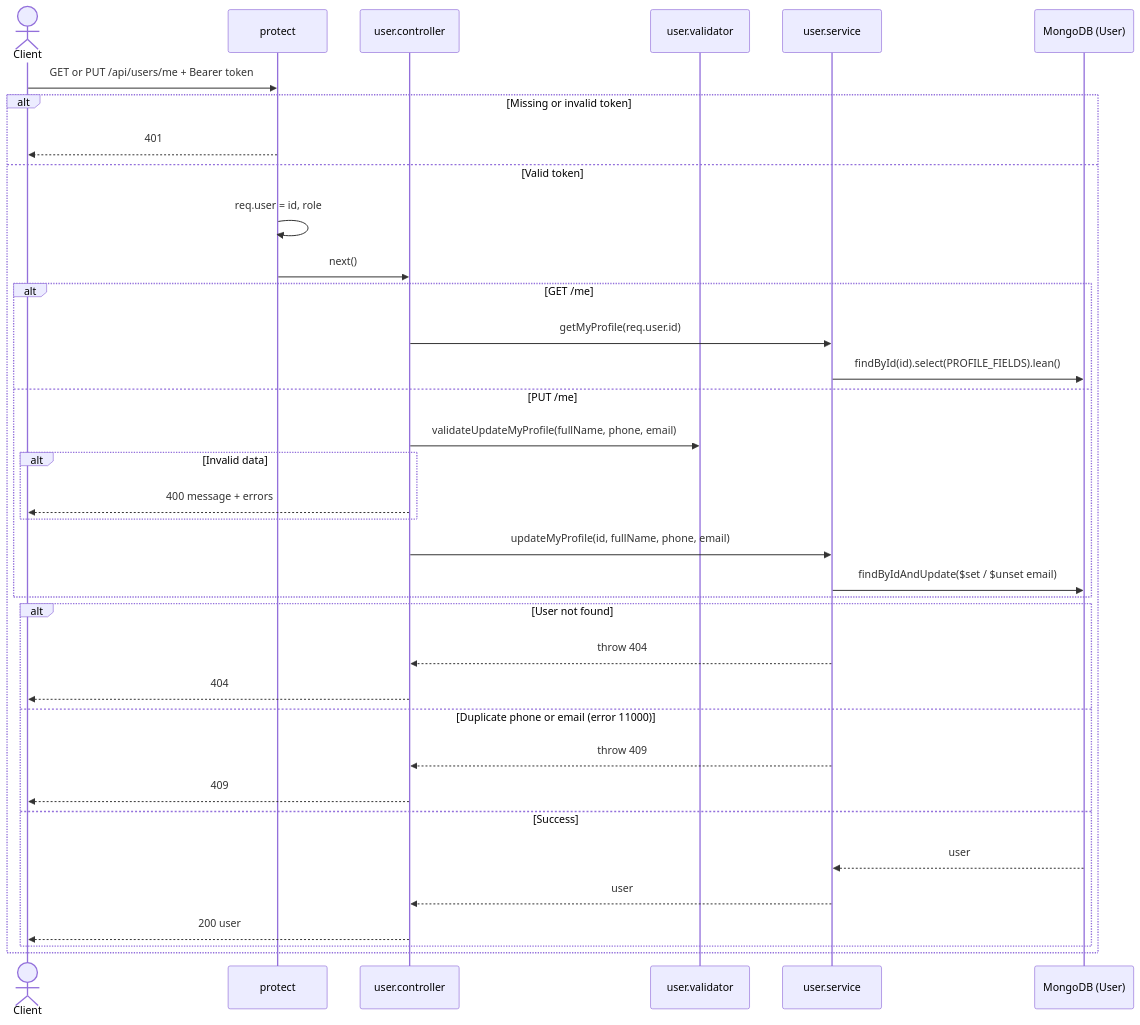
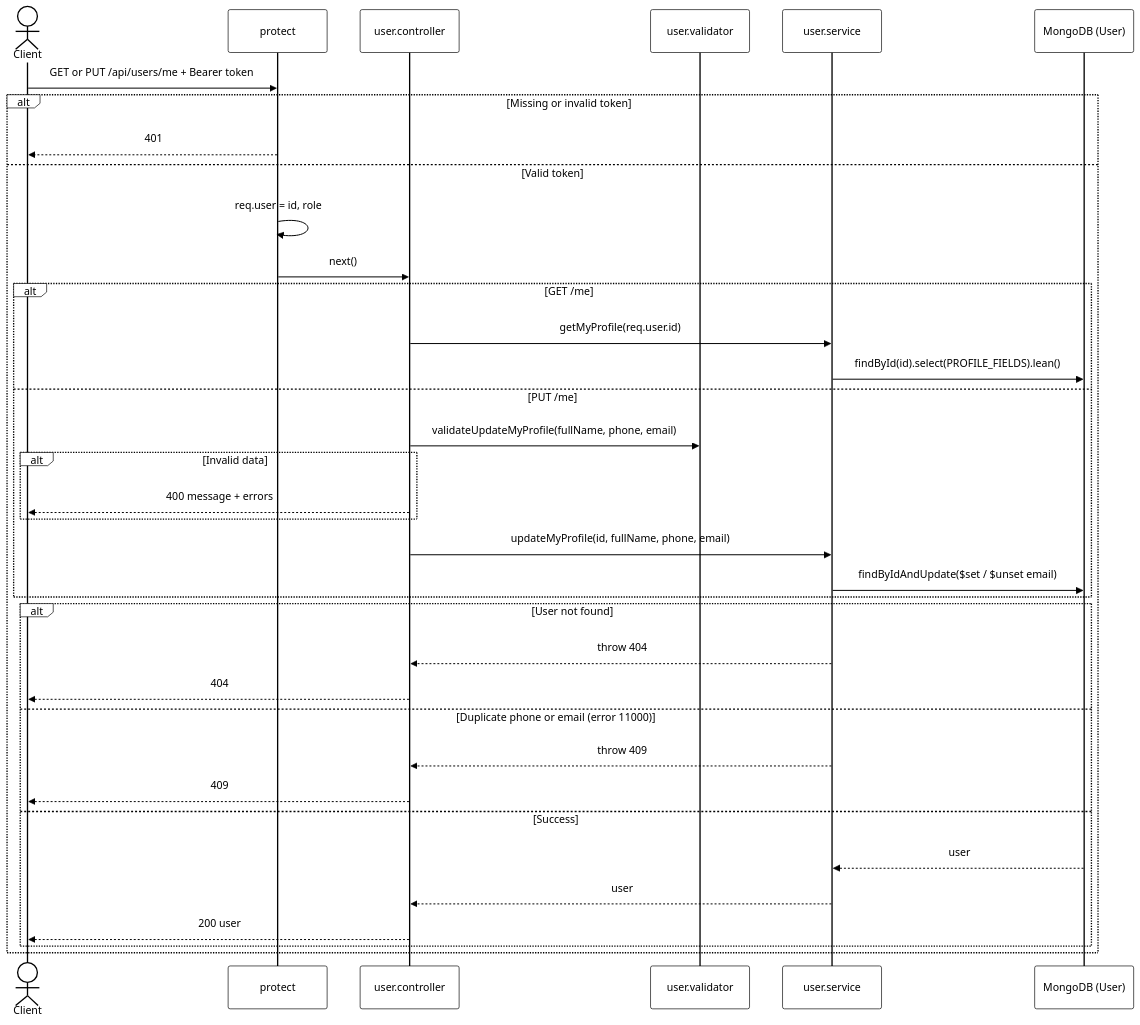
The third of 6 diagrams in docs/BE_overview.md (Hung558/SEP490_G38-VCMOS_BE), drawn with Mermaid before and after one commit. The commit also changed other lines of this file and 6 other files, not shown here.

Commit message:
schema update

````diff
--- a/docs/BE_overview.md
+++ b/docs/BE_overview.md
@@ -128,39 +130,40 @@
 ```mermaid
+%%{init: {'theme': 'base', 'themeVariables': { 'primaryColor': '#ffffff', 'primaryTextColor': '#000000', 'primaryBorderColor': '#000000', 'lineColor': '#000000', 'secondaryColor': '#ffffff', 'tertiaryColor': '#ffffff', 'actorBkg': '#ffffff', 'actorBorder': '#000000', 'actorTextColor': '#000000', 'actorLineColor': '#000000', 'signalColor': '#000000', 'signalTextColor': '#000000', 'labelBoxBkgColor': '#ffffff', 'labelBoxBorderColor': '#000000', 'labelTextColor': '#000000', 'loopTextColor': '#000000' }}}%%
 sequenceDiagram
     actor Client
     participant MW as protect
     participant Ctrl as user.controller
     participant Val as user.validator
     participant Svc as user.service
     participant DB as MongoDB (User)
 
     Client->>MW: GET or PUT /api/users/me + Bearer token
     alt Missing or invalid token
         MW-->>Client: 401
     else Valid token
         MW->>MW: req.user = id, role
         MW->>Ctrl: next()
         alt GET /me
             Ctrl->>Svc: getMyProfile(req.user.id)
             Svc->>DB: findById(id).select(PROFILE_FIELDS).lean()
         else PUT /me
             Ctrl->>Val: validateUpdateMyProfile(fullName, phone, email)
             alt Invalid data
                 Ctrl-->>Client: 400 message + errors
             end
             Ctrl->>Svc: updateMyProfile(id, fullName, phone, email)
             Svc->>DB: findByIdAndUpdate($set / $unset email)
         end
         alt User not found
             Svc-->>Ctrl: throw 404
             Ctrl-->>Client: 404
         else Duplicate phone or email (error 11000)
             Svc-->>Ctrl: throw 409
             Ctrl-->>Client: 409
         else Success
             DB-->>Svc: user
             Svc-->>Ctrl: user
             Ctrl-->>Client: 200 user
         end
     end
 ```
````
